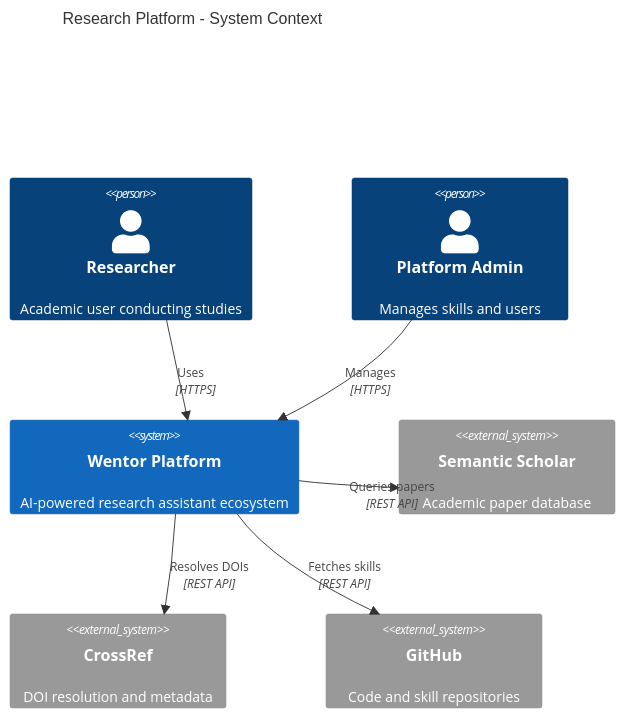
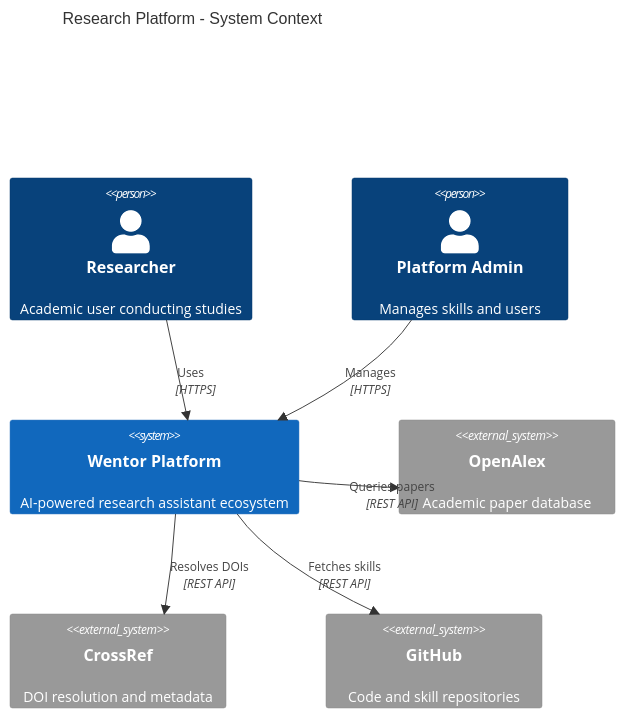
Before and after one commit to wentorai/research-plugins: the second of 7 diagrams in skills/tools/diagram/mermaid-architect-guide/SKILL.md, drawn with Mermaid. The commit also changed 53 other files, not shown here.

````diff
--- a/skills/tools/diagram/mermaid-architect-guide/SKILL.md
+++ b/skills/tools/diagram/mermaid-architect-guide/SKILL.md
@@ -50,19 +50,19 @@
 ```mermaid
 C4Context
     title Research Platform - System Context
 
     Person(researcher, "Researcher", "Academic user conducting studies")
     Person(admin, "Platform Admin", "Manages skills and users")
 
     System(platform, "Wentor Platform", "AI-powered research assistant ecosystem")
 
-    System_Ext(scholar, "Semantic Scholar", "Academic paper database")
+    System_Ext(scholar, "OpenAlex", "Academic paper database")
     System_Ext(crossref, "CrossRef", "DOI resolution and metadata")
     System_Ext(github, "GitHub", "Code and skill repositories")
 
     Rel(researcher, platform, "Uses", "HTTPS")
     Rel(admin, platform, "Manages", "HTTPS")
     Rel(platform, scholar, "Queries papers", "REST API")
     Rel(platform, crossref, "Resolves DOIs", "REST API")
     Rel(platform, github, "Fetches skills", "REST API")
 ```
````
